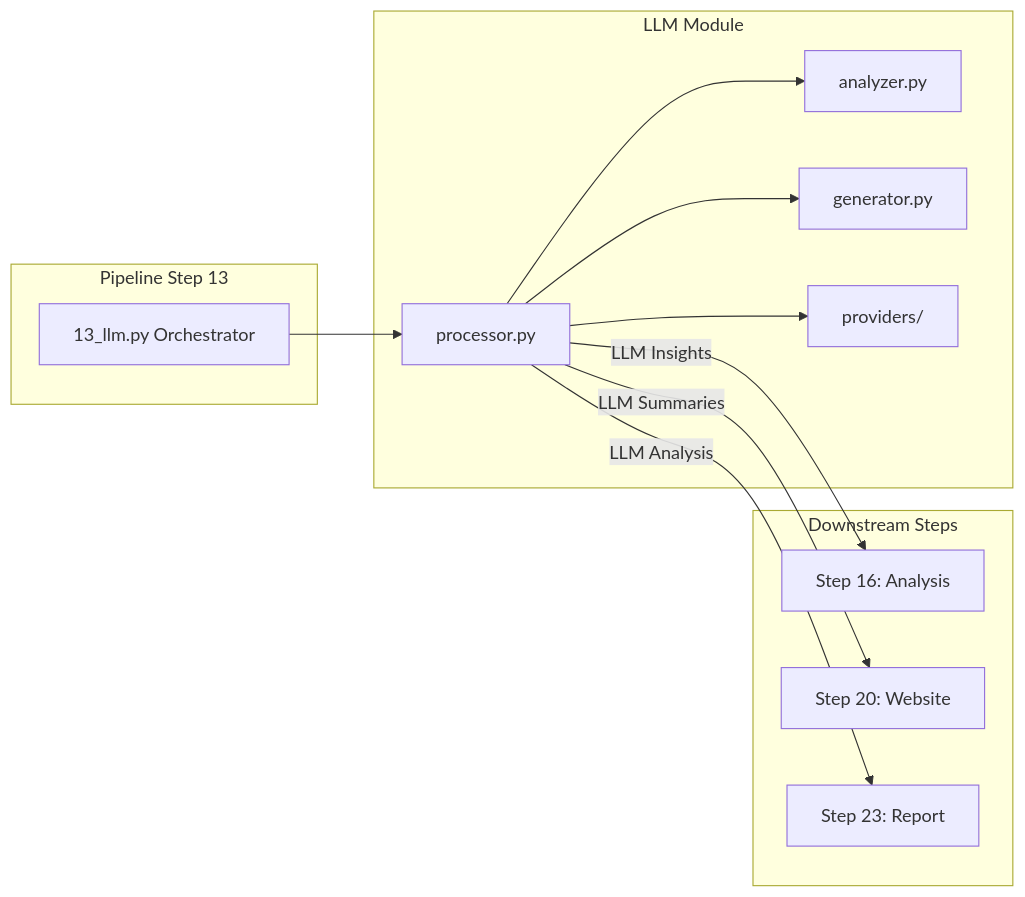
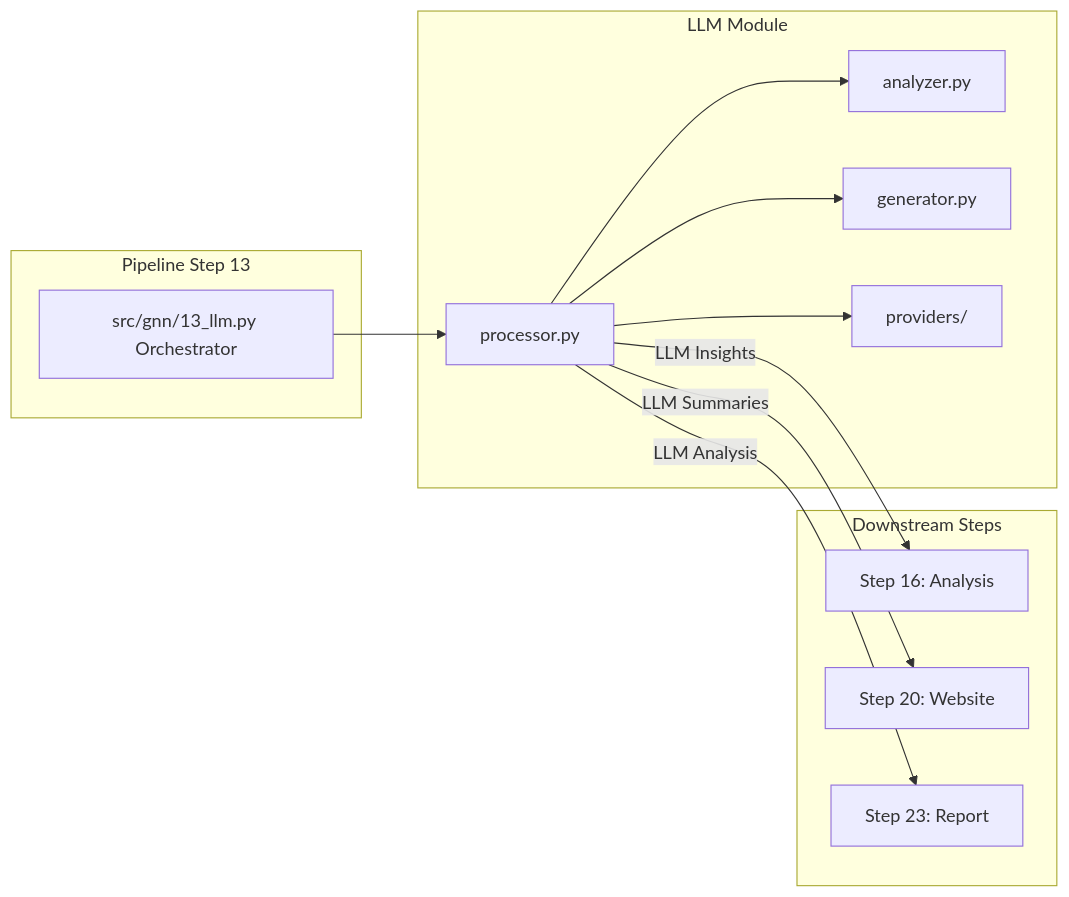
Before and after one commit to ActiveInferenceInstitute/GeneralizedNotationNotation: the third of 4 diagrams in src/gnn/llm/README.md, drawn with Mermaid. The commit also changed other lines of this file and 131 other files, not shown here.

````diff
--- a/src/gnn/llm/README.md
+++ b/src/gnn/llm/README.md
@@ -103,28 +108,28 @@
 ```mermaid
 flowchart LR
     subgraph "Pipeline Step 13"
-        Step13[13_llm.py Orchestrator]
+        Step13[src/gnn/13_llm.py Orchestrator]
     end
     
     subgraph "LLM Module"
         Processor[processor.py]
         Analyzer[analyzer.py]
         Generator[generator.py]
         Providers[providers/]
     end
     
     subgraph "Downstream Steps"
         Step16[Step 16: Analysis]
         Step20[Step 20: Website]
         Step23[Step 23: Report]
     end
     
     Step13 --> Processor
     Processor --> Analyzer
     Processor --> Generator
     Processor --> Providers
     
     Processor -->|LLM Insights| Step16
     Processor -->|LLM Summaries| Step20
     Processor -->|LLM Analysis| Step23
 ```
````
